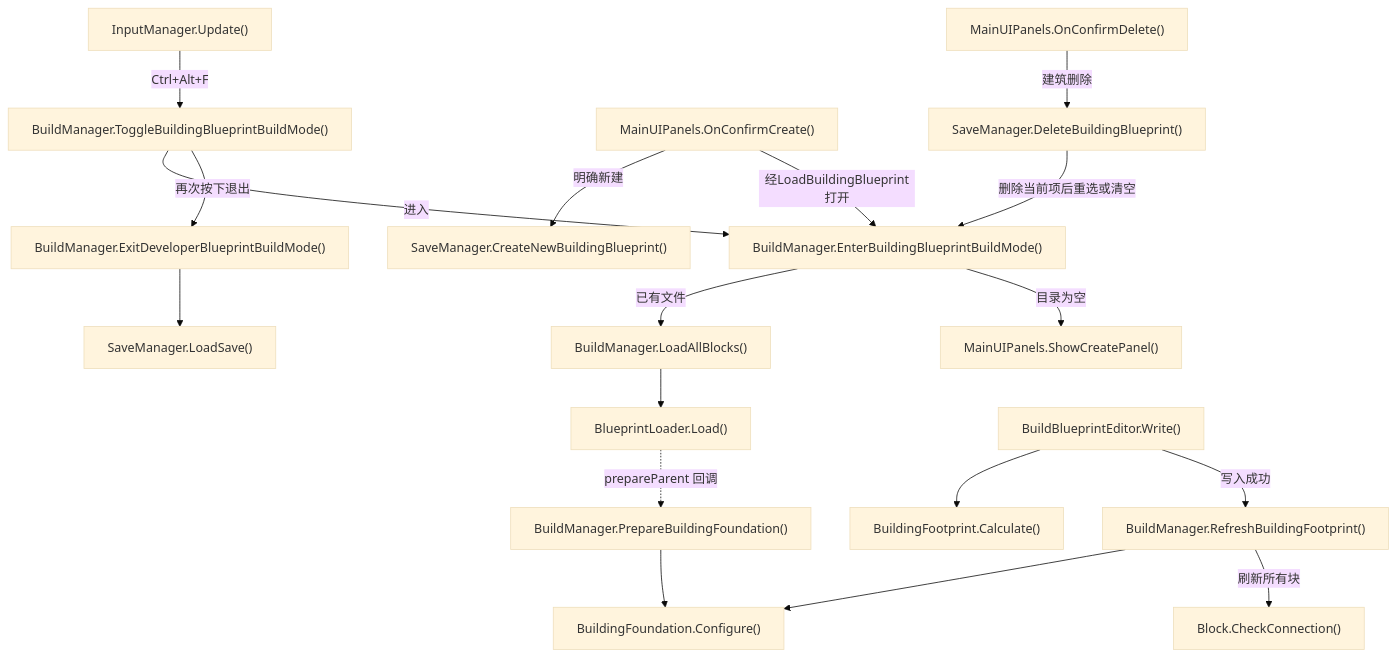
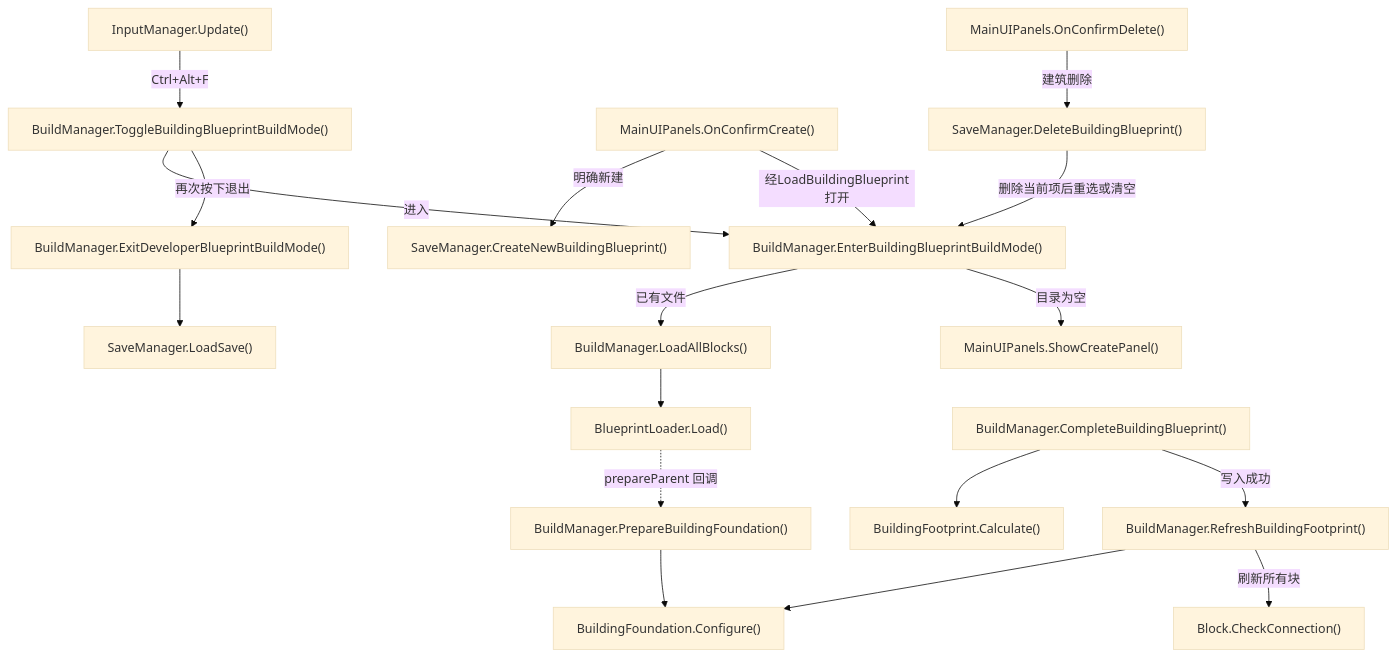
Before and after one commit to kukudia/HY-Sandbox: diagram 15 of 60 in Docs/RuntimeFlow.md, drawn with Mermaid (base theme). The commit also changed other lines of this file and 28 other files, not shown here.

````diff
--- a/Docs/RuntimeFlow.md
+++ b/Docs/RuntimeFlow.md
@@ -1234,56 +1234,56 @@
 ```mermaid
 flowchart TD
     A["InputManager.Update()"]
     click A "../Assets/Scripts/Features/Player/InputManager.cs#L40" "打开源码"
     B["BuildManager.ToggleBuildingBlueprintBuildMode()"]
-    click B "../Assets/Scripts/Features/Building/BuildManager.cs#L281" "打开源码"
+    click B "../Assets/Scripts/Features/Building/BuildManager.cs#L287" "打开源码"
     C["BuildManager.EnterBuildingBlueprintBuildMode()"]
-    click C "../Assets/Scripts/Features/Building/BuildManager.cs#L296" "打开源码"
+    click C "../Assets/Scripts/Features/Building/BuildManager.cs#L302" "打开源码"
     D["SaveManager.CreateNewBuildingBlueprint()"]
     click D "../Assets/Scripts/Features/Building/SaveManager.cs#L162" "打开源码"
     E["BuildManager.LoadAllBlocks()"]
-    click E "../Assets/Scripts/Features/Building/BuildManager.cs#L653" "打开源码"
+    click E "../Assets/Scripts/Features/Building/BuildManager.cs#L701" "打开源码"
     F["BlueprintLoader.Load()"]
     click F "../Assets/Scripts/Features/Building/BlueprintLoading/BlueprintLoader.cs#L43" "打开源码"
     G["BuildManager.PrepareBuildingFoundation()"]
-    click G "../Assets/Scripts/Features/Building/BuildManager.cs#L385" "打开源码"
+    click G "../Assets/Scripts/Features/Building/BuildManager.cs#L392" "打开源码"
     H["BuildingFoundation.Configure()"]
     click H "../Assets/Scripts/Features/Building/BuildingEditor/BuildingFoundation.cs#L17" "打开源码"
-    I["BuildBlueprintEditor.Write()"]
-    click I "../Assets/Scripts/Features/Building/Interaction/BuildBlueprintEditor.cs#L63" "打开源码"
+    I["BuildManager.CompleteBuildingBlueprint()"]
+    click I "../Assets/Scripts/Features/Building/BuildManager.cs#L421" "打开源码"
     J["BuildingFootprint.Calculate()"]
     click J "../Assets/Scripts/Features/Building/BuildingEditor/BuildingFootprint.cs#L8" "打开源码"
     K["BuildManager.RefreshBuildingFootprint()"]
-    click K "../Assets/Scripts/Features/Building/BuildManager.cs#L405" "打开源码"
+    click K "../Assets/Scripts/Features/Building/BuildManager.cs#L453" "打开源码"
     L["Block.CheckConnection()"]
     click L "../Assets/Scripts/Features/Simulation/Block.cs#L361" "打开源码"
     M["BuildManager.ExitDeveloperBlueprintBuildMode()"]
-    click M "../Assets/Scripts/Features/Building/BuildManager.cs#L262" "打开源码"
+    click M "../Assets/Scripts/Features/Building/BuildManager.cs#L267" "打开源码"
     N["SaveManager.LoadSave()"]
     click N "../Assets/Scripts/Features/Building/SaveManager.cs#L356" "打开源码"
     O["MainUIPanels.OnConfirmCreate()"]
     click O "../Assets/Scripts/Features/Presentation/Interface/MainUIPanels.cs#L167" "打开源码"
     P["MainUIPanels.OnConfirmDelete()"]
     click P "../Assets/Scripts/Features/Presentation/Interface/MainUIPanels.cs#L207" "打开源码"
     Q["SaveManager.DeleteBuildingBlueprint()"]
     click Q "../Assets/Scripts/Features/Building/SaveManager.cs#L191" "打开源码"
     R["MainUIPanels.ShowCreatePanel()"]
     click R "../Assets/Scripts/Features/Presentation/Interface/MainUIPanels.cs#L90" "打开源码"
     A -->|Ctrl+Alt+F| B
     B -->|进入| C
     O -->|明确新建| D
     O -->|经LoadBuildingBlueprint打开| C
     C -->|已有文件| E
     C -->|目录为空| R
     P -->|建筑删除| Q
     Q -->|删除当前项后重选或清空| C
     E --> F
     F -.->|prepareParent 回调| G
     G --> H
     I --> J
     I -->|写入成功| K
     K --> H
     K -->|刷新所有块| L
     B -->|再次按下退出| M
     M --> N
 ```
````
